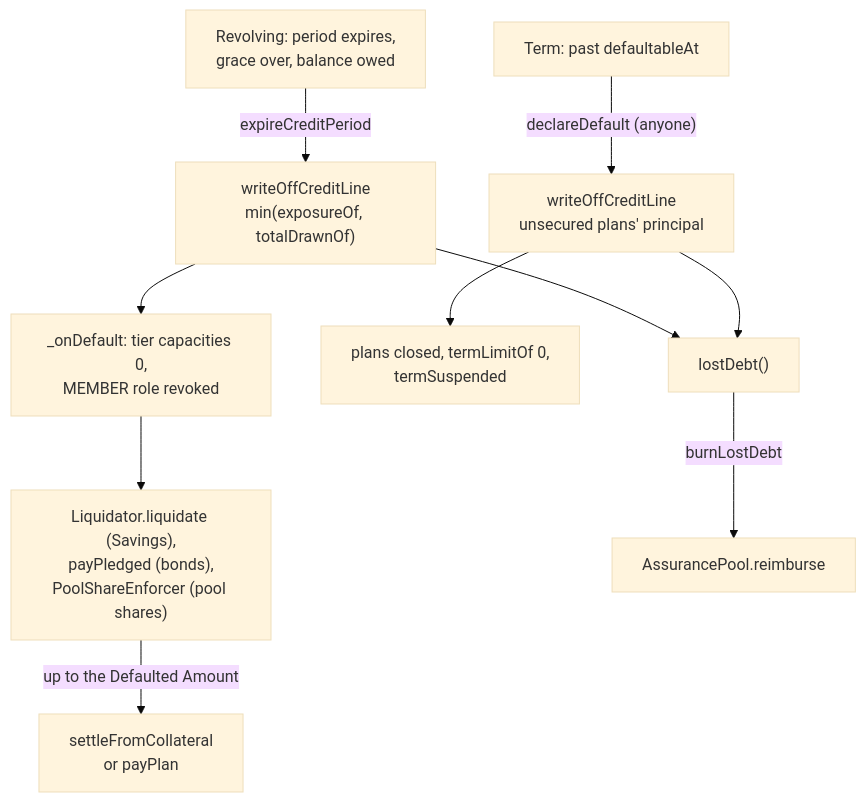
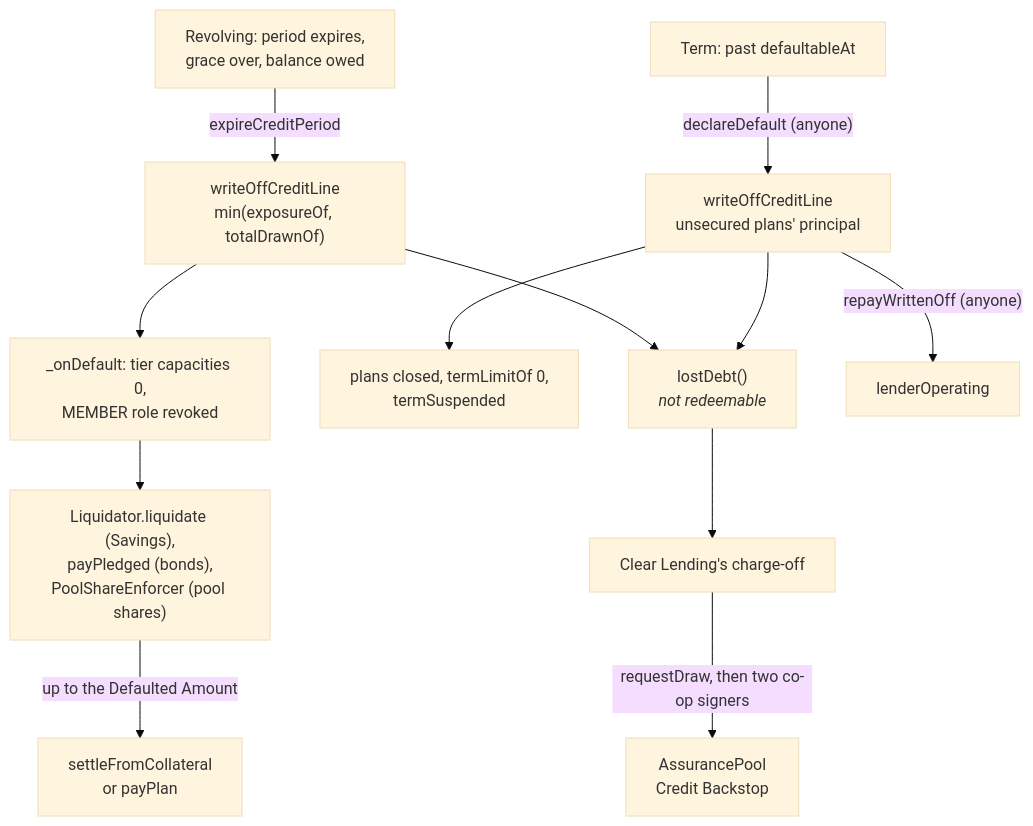
The diagram in docs/protocol/credit.md (Deed3Labs/Protocol-Contracts), drawn with Mermaid (base theme) before and after one commit. The commit also changed other lines of this file and 35 other files, not shown here.

````diff
--- a/docs/protocol/credit.md
+++ b/docs/protocol/credit.md
@@ -440,12 +456,14 @@
 ```mermaid
 flowchart TD
   R["Revolving: period expires,<br/>grace over, balance owed"] -->|"expireCreditPeriod"| WR["writeOffCreditLine<br/>min(exposureOf, totalDrawnOf)"]
   WR --> OD["_onDefault: tier capacities 0,<br/>MEMBER role revoked"]
   OD --> LQ["Liquidator.liquidate (Savings),<br/>payPledged (bonds),<br/>PoolShareEnforcer (pool shares)"]
   LQ -->|"up to the Defaulted Amount"| SF["settleFromCollateral<br/>or payPlan"]
   T["Term: past defaultableAt"] -->|"declareDefault (anyone)"| WT["writeOffCreditLine<br/>unsecured plans' principal"]
   WT --> TS["plans closed, termLimitOf 0,<br/>termSuspended"]
-  WR --> LD["lostDebt()"]
+  WR --> LD["lostDebt()<br/><i>not redeemable</i>"]
   WT --> LD
-  LD -->|"burnLostDebt"| AP["AssurancePool.reimburse"]
+  LD --> CL["Clear Lending's charge-off"]
+  CL -->|"requestDraw, then two co-op signers"| CB["AssurancePool<br/>Credit Backstop"]
+  WT -->|"repayWrittenOff (anyone)"| LO["lenderOperating"]
 ```
````
